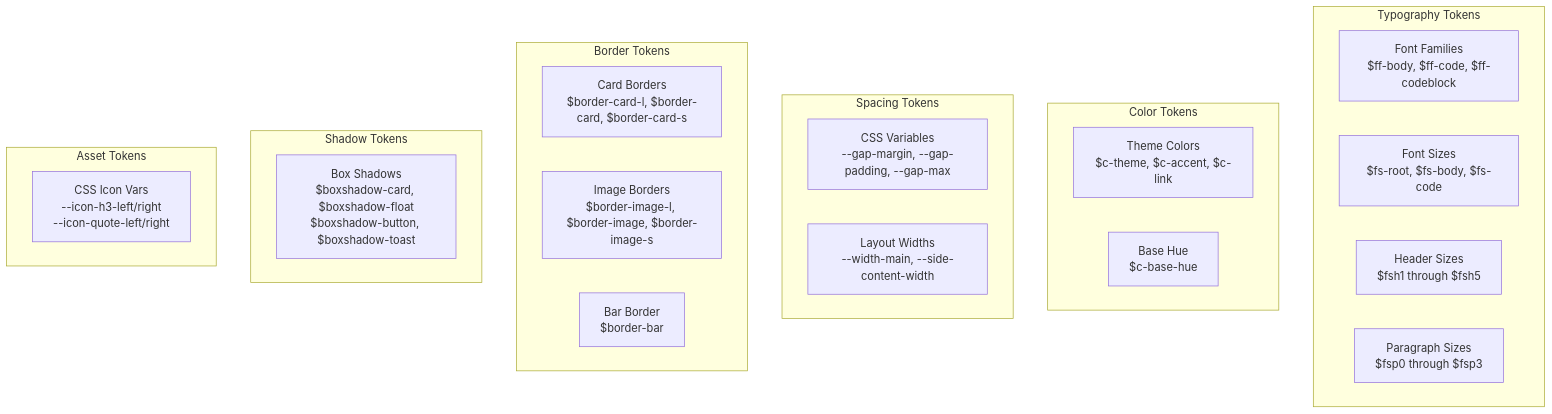
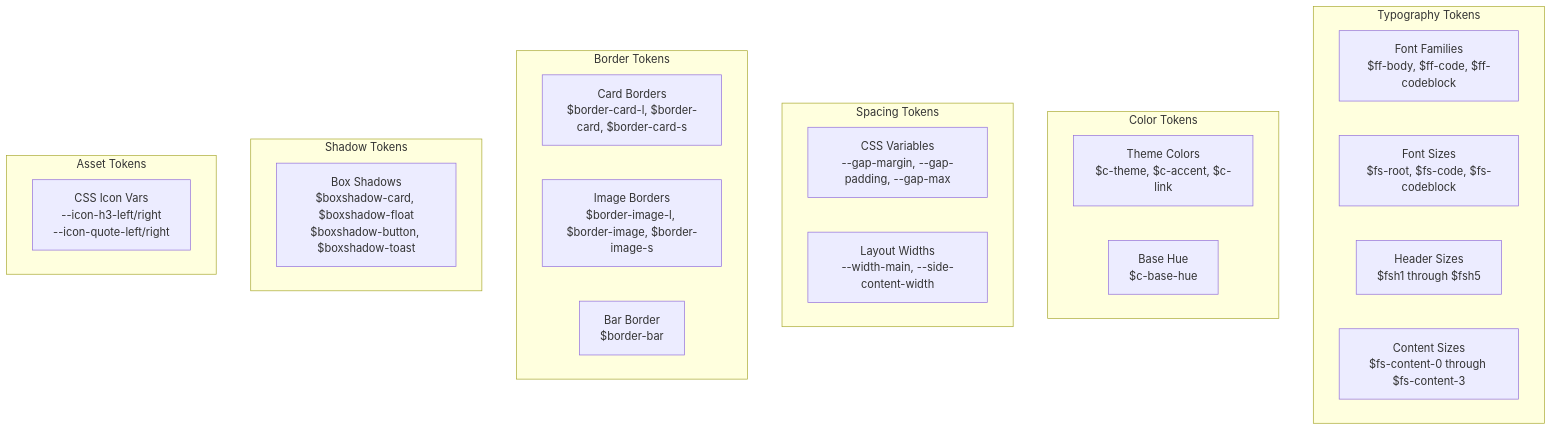
The third of 10 diagrams in docs/knowledge/01-样式系统/styling-overview.md (xaoxuu/hexo-theme-stellar), drawn with Mermaid before and after one commit. The commit also changed other lines of this file and 41 other files, not shown here.

````diff
--- a/docs/knowledge/01-样式系统/styling-overview.md
+++ b/docs/knowledge/01-样式系统/styling-overview.md
@@ -152,33 +152,33 @@
 ```mermaid
 graph TB
     subgraph "Typography Tokens"
         FF["Font Families<br/>$ff-body, $ff-code, $ff-codeblock"]
-        FS["Font Sizes<br/>$fs-root, $fs-body, $fs-code"]
+        FS["Font Sizes<br/>$fs-root, $fs-code, $fs-codeblock"]
         FSH["Header Sizes<br/>$fsh1 through $fsh5"]
-        FSP["Paragraph Sizes<br/>$fsp0 through $fsp3"]
+        FSP["Content Sizes<br/>$fs-content-0 through $fs-content-3"]
     end
     
     subgraph "Color Tokens"
         THEME["Theme Colors<br/>$c-theme, $c-accent, $c-link"]
         BASE["Base Hue<br/>$c-base-hue"]
     end
     
     subgraph "Spacing Tokens"
         CUSTOM_PROPS["CSS Variables<br/>--gap-margin, --gap-padding, --gap-max"]
         WIDTHS["Layout Widths<br/>--width-main, --side-content-width"]
     end
     
     subgraph "Border Tokens"
         CARD["Card Borders<br/>$border-card-l, $border-card, $border-card-s"]
         IMAGE["Image Borders<br/>$border-image-l, $border-image, $border-image-s"]
         BAR["Bar Border<br/>$border-bar"]
     end
     
     subgraph "Shadow Tokens"
         SHADOWS["Box Shadows<br/>$boxshadow-card, $boxshadow-float<br/>$boxshadow-button, $boxshadow-toast"]
     end
     
     subgraph "Asset Tokens"
         SVG["CSS Icon Vars<br/>--icon-h3-left/right<br/>--icon-quote-left/right"]
     end
 ```
````
